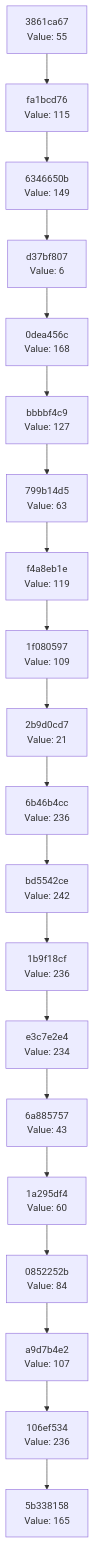
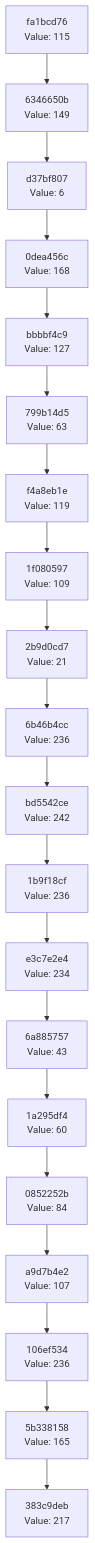
Before and after one commit to Abhisheksinha1506/hash-chain-evolver: the diagram in docs/CHAIN_VISUALIZATION.md, drawn with Mermaid. The commit also changed 3 other files, not shown here.

````diff
--- a/docs/CHAIN_VISUALIZATION.md
+++ b/docs/CHAIN_VISUALIZATION.md
@@ -3,42 +3,42 @@
 ```mermaid
 graph TD
-    C0["5b338158<br/>Value: 165"]
-    C1["106ef534<br/>Value: 236"]
+    C0["383c9deb<br/>Value: 217"]
+    C1["5b338158<br/>Value: 165"]
     C1 --> C0
-    C2["a9d7b4e2<br/>Value: 107"]
+    C2["106ef534<br/>Value: 236"]
     C2 --> C1
-    C3["0852252b<br/>Value: 84"]
+    C3["a9d7b4e2<br/>Value: 107"]
     C3 --> C2
-    C4["1a295df4<br/>Value: 60"]
+    C4["0852252b<br/>Value: 84"]
     C4 --> C3
-    C5["6a885757<br/>Value: 43"]
+    C5["1a295df4<br/>Value: 60"]
     C5 --> C4
-    C6["e3c7e2e4<br/>Value: 234"]
+    C6["6a885757<br/>Value: 43"]
     C6 --> C5
-    C7["1b9f18cf<br/>Value: 236"]
+    C7["e3c7e2e4<br/>Value: 234"]
     C7 --> C6
-    C8["bd5542ce<br/>Value: 242"]
+    C8["1b9f18cf<br/>Value: 236"]
     C8 --> C7
-    C9["6b46b4cc<br/>Value: 236"]
+    C9["bd5542ce<br/>Value: 242"]
     C9 --> C8
-    C10["2b9d0cd7<br/>Value: 21"]
+    C10["6b46b4cc<br/>Value: 236"]
     C10 --> C9
-    C11["1f080597<br/>Value: 109"]
+    C11["2b9d0cd7<br/>Value: 21"]
     C11 --> C10
-    C12["f4a8eb1e<br/>Value: 119"]
+    C12["1f080597<br/>Value: 109"]
     C12 --> C11
-    C13["799b14d5<br/>Value: 63"]
+    C13["f4a8eb1e<br/>Value: 119"]
     C13 --> C12
-    C14["bbbbf4c9<br/>Value: 127"]
+    C14["799b14d5<br/>Value: 63"]
     C14 --> C13
-    C15["0dea456c<br/>Value: 168"]
+    C15["bbbbf4c9<br/>Value: 127"]
     C15 --> C14
-    C16["d37bf807<br/>Value: 6"]
+    C16["0dea456c<br/>Value: 168"]
     C16 --> C15
-    C17["6346650b<br/>Value: 149"]
+    C17["d37bf807<br/>Value: 6"]
     C17 --> C16
-    C18["fa1bcd76<br/>Value: 115"]
+    C18["6346650b<br/>Value: 149"]
     C18 --> C17
-    C19["3861ca67<br/>Value: 55"]
+    C19["fa1bcd76<br/>Value: 115"]
     C19 --> C18
 ```
````
